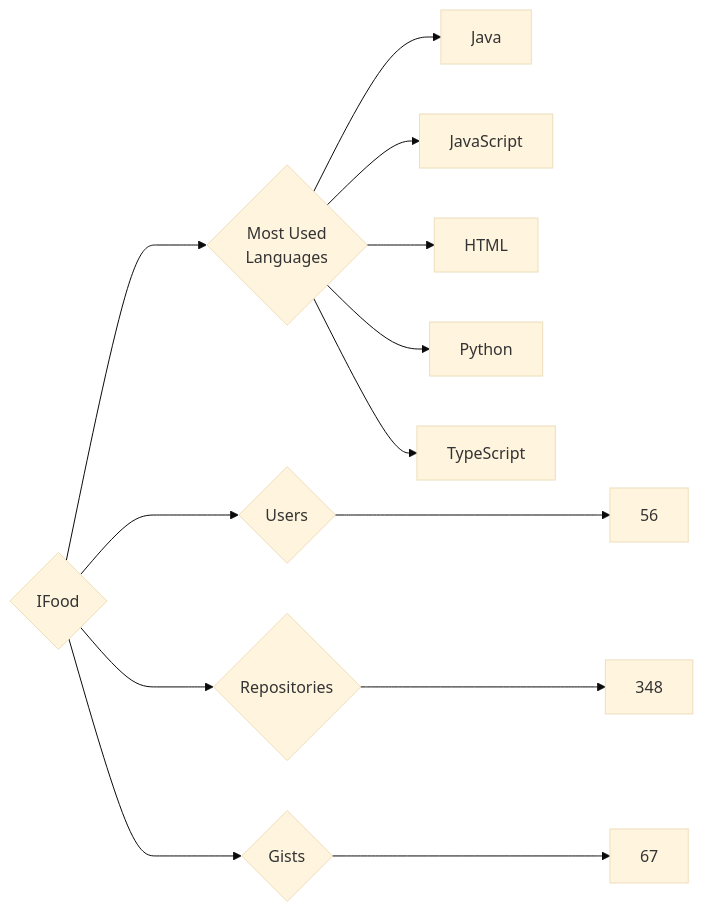
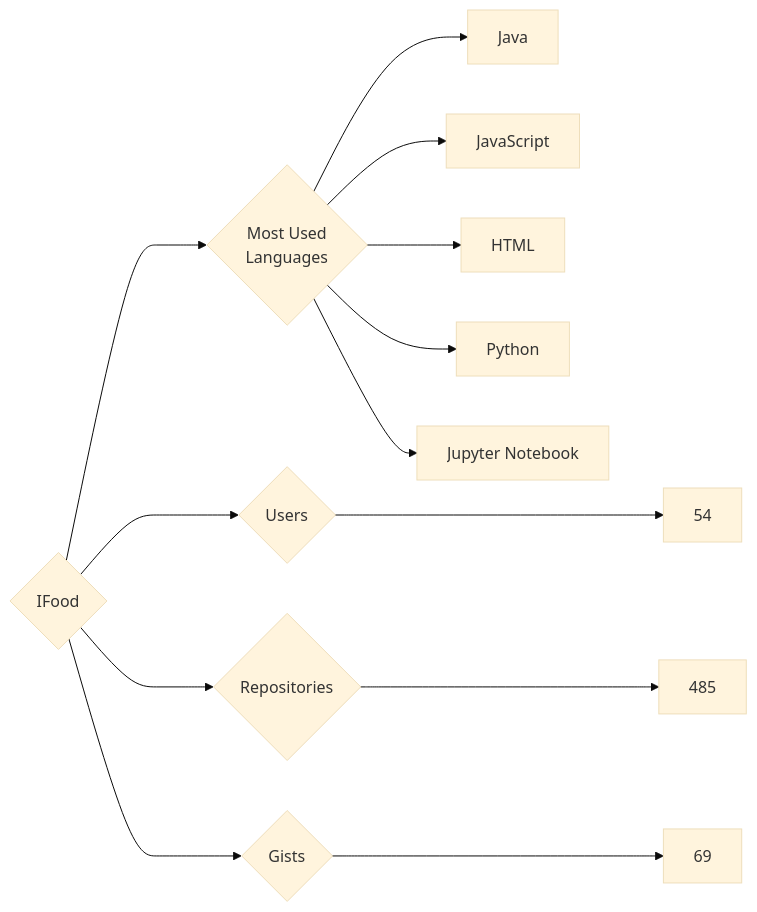
The diagram in targets/IFood/README.md (trickest/insiders), drawn with Mermaid (base theme) before and after one commit. The commit also changed 736 other files, not shown here.

````diff
--- a/targets/IFood/README.md
+++ b/targets/IFood/README.md
@@ -3,13 +3,13 @@
 ```mermaid
 graph LR
 COMPANY_NAME{IFood}
-COMPANY_NAME ---> U{Users} ---> UN[56]
-COMPANY_NAME ---> R{Repositories} ---> RN[348]
-COMPANY_NAME ---> G{Gists} ---> GN[67]
+COMPANY_NAME ---> U{Users} ---> UN[54]
+COMPANY_NAME ---> R{Repositories} ---> RN[485]
+COMPANY_NAME ---> G{Gists} ---> GN[69]
 COMPANY_NAME ---> ML{Most Used<br>Languages}
 ML --> Java[Java]
 ML --> JavaScript[JavaScript]
 ML --> HTML[HTML]
 ML --> Python[Python]
-ML --> TypeScript[TypeScript]
+ML --> Jupyter_Notebook[Jupyter Notebook]
 ```
````
